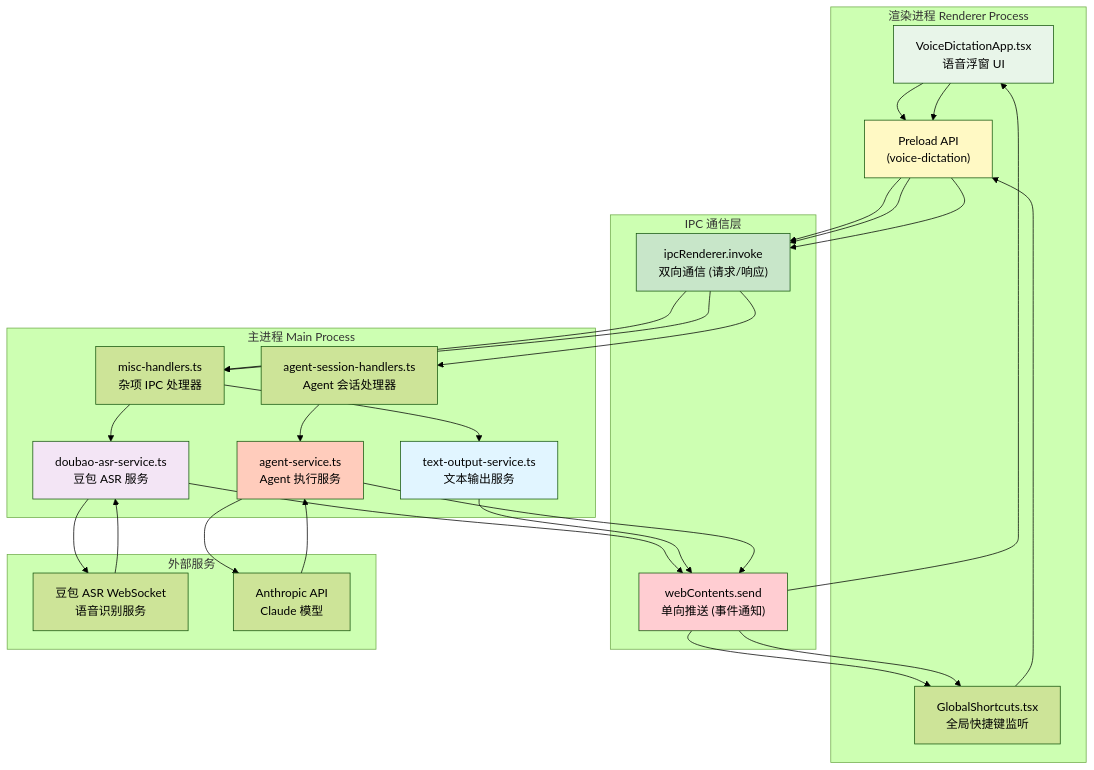
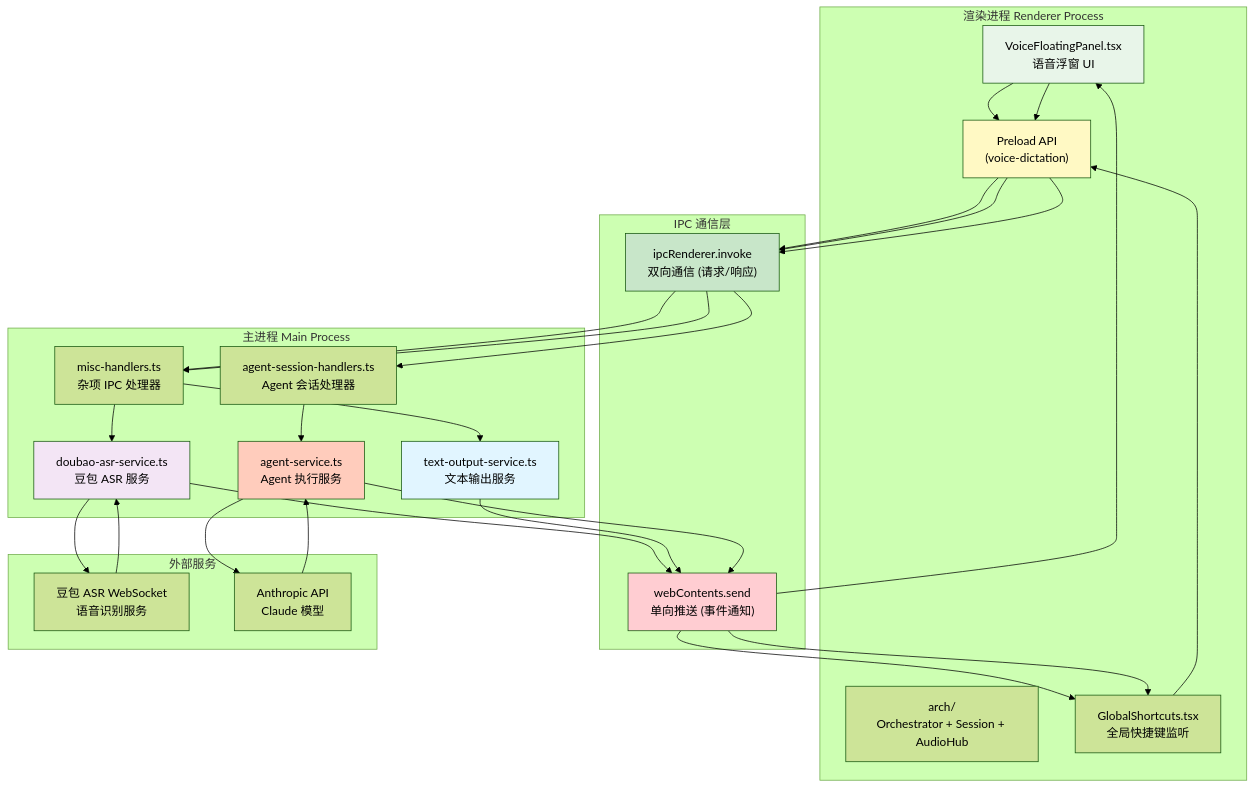
One commit to yjzaaa/porma_v1 changed the first of 2 diagrams in docs/arch/10-voice-dictation-ipc.md. Above: the diagram before and after it, drawn with Mermaid (forest theme). The commit also changed other lines of this file and 31 other files, not shown here.

First line of the commit message:
refactor(voice-dictation): 按 DDD 分层重构目录 + 清理旧单体代码

````diff
--- a/docs/arch/10-voice-dictation-ipc.md
+++ b/docs/arch/10-voice-dictation-ipc.md
@@ -15,59 +15,60 @@
 ```mermaid
 graph TB
     subgraph Renderer["渲染进程 Renderer Process"]
-        VoiceApp["VoiceDictationApp.tsx<br/>语音浮窗 UI"]
+        VoiceApp["VoiceFloatingPanel.tsx<br/>语音浮窗 UI"]
+        Arch["arch/<br/>Orchestrator + Session + AudioHub"]
         PreloadVoice["Preload API<br/>(voice-dictation)"]
         GlobalShortcuts["GlobalShortcuts.tsx<br/>全局快捷键监听"]
     end
     
     subgraph IPC["IPC 通信层"]
         Invoke["ipcRenderer.invoke<br/>双向通信 (请求/响应)"]
         Send["webContents.send<br/>单向推送 (事件通知)"]
     end
     
     subgraph Main["主进程 Main Process"]
         MiscHandlers["misc-handlers.ts<br/>杂项 IPC 处理器"]
         ASRService["doubao-asr-service.ts<br/>豆包 ASR 服务"]
         TextOutput["text-output-service.ts<br/>文本输出服务"]
         AgentHandlers["agent-session-handlers.ts<br/>Agent 会话处理器"]
         AgentService["agent-service.ts<br/>Agent 执行服务"]
     end
     
     subgraph External["外部服务"]
         DoubaoASR["豆包 ASR WebSocket<br/>语音识别服务"]
         ClaudeAPI["Anthropic API<br/>Claude 模型"]
     end
     
     VoiceApp --> PreloadVoice
     PreloadVoice --> Invoke
     Invoke --> MiscHandlers
     MiscHandlers --> ASRService
     ASRService --> DoubaoASR
     DoubaoASR --> ASRService
     ASRService --> Send
     Send --> VoiceApp
     
     VoiceApp --> PreloadVoice
     PreloadVoice --> Invoke
     Invoke --> MiscHandlers
     MiscHandlers --> TextOutput
     TextOutput --> Send
     Send --> GlobalShortcuts
     
     GlobalShortcuts --> PreloadVoice
     PreloadVoice --> Invoke
     Invoke --> AgentHandlers
     AgentHandlers --> AgentService
     AgentService --> ClaudeAPI
     ClaudeAPI --> AgentService
     AgentService --> Send
     Send --> GlobalShortcuts
     
     style VoiceApp fill:#e8f5e9
     style PreloadVoice fill:#fff9c4
     style ASRService fill:#f3e5f5
     style TextOutput fill:#e1f5ff
     style AgentService fill:#ffccbc
     style Send fill:#ffcdd2
     style Invoke fill:#c8e6c9
 ```
````
